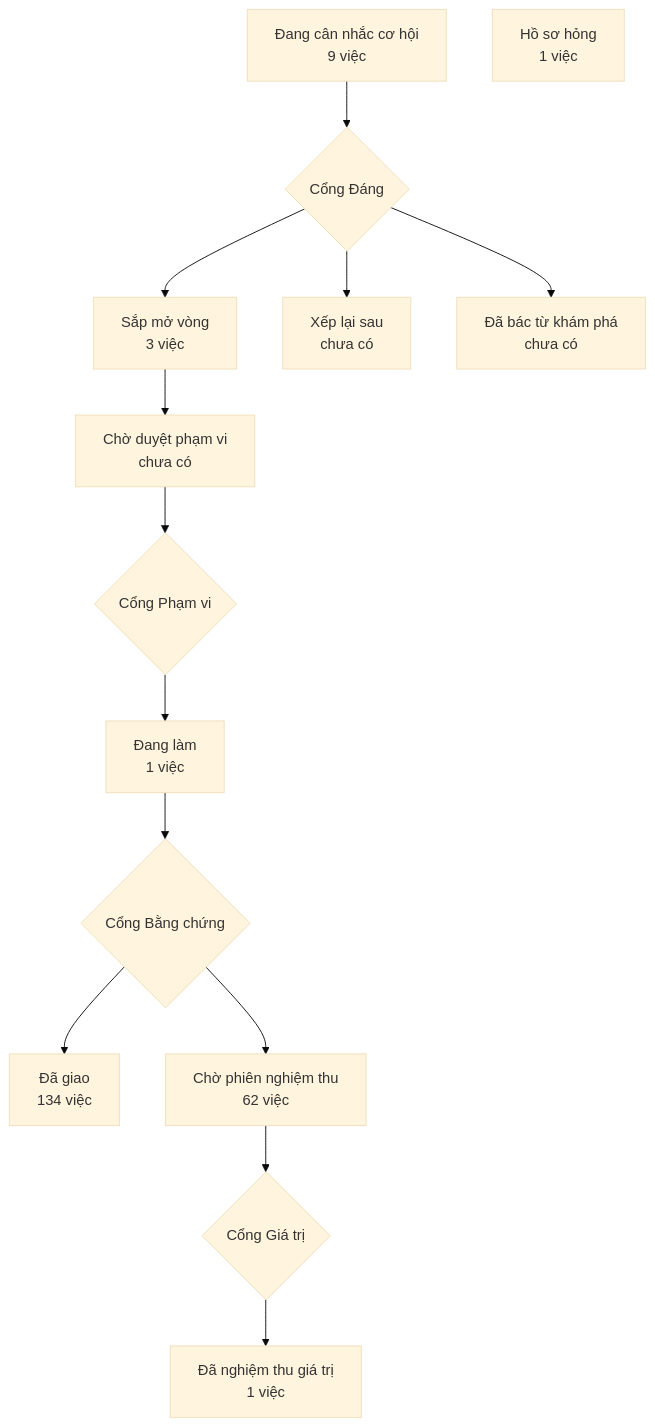
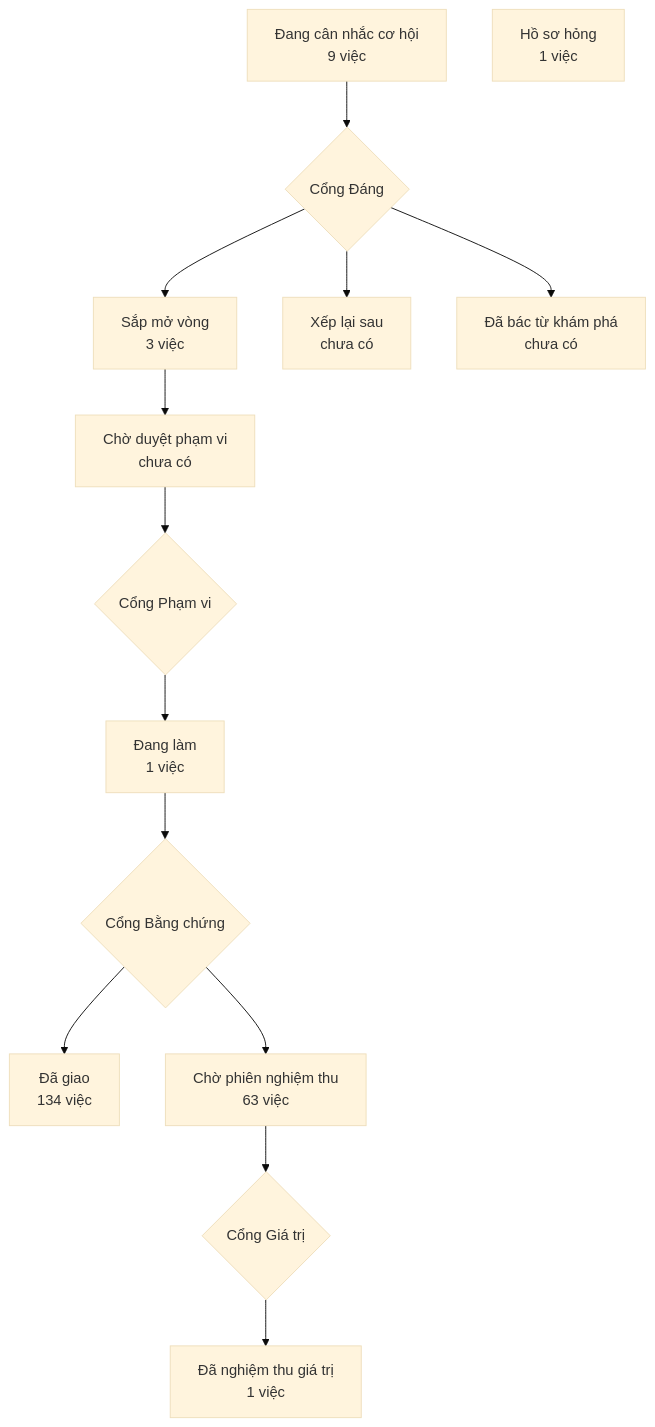
The diagram in PRODUCT-MAP.md (phanlemanh/crm-onehub), drawn with Mermaid (base theme) before and after one commit. The commit also changed other lines of this file and 7 other files, not shown here.

````diff
--- a/PRODUCT-MAP.md
+++ b/PRODUCT-MAP.md
@@ -7,13 +7,13 @@
 ```mermaid
 flowchart TD
   A["Đang cân nhắc cơ hội<br/>9 việc"] --> GD{"Cổng Đáng"}
   GD --> B["Sắp mở vòng<br/>3 việc"]
   GD --> XL["Xếp lại sau<br/>chưa có"]
   GD --> DB["Đã bác từ khám phá<br/>chưa có"]
   B --> CD["Chờ duyệt phạm vi<br/>chưa có"] --> GP{"Cổng Phạm vi"}
   GP --> DL["Đang làm<br/>1 việc"] --> GB{"Cổng Bằng chứng"}
   GB --> DG["Đã giao<br/>134 việc"]
-  GB --> CN["Chờ phiên nghiệm thu<br/>62 việc"] --> GG{"Cổng Giá trị"}
+  GB --> CN["Chờ phiên nghiệm thu<br/>63 việc"] --> GG{"Cổng Giá trị"}
   GG --> NT["Đã nghiệm thu giá trị<br/>1 việc"]
   HS["Hồ sơ hỏng<br/>1 việc"]
 ```
````
